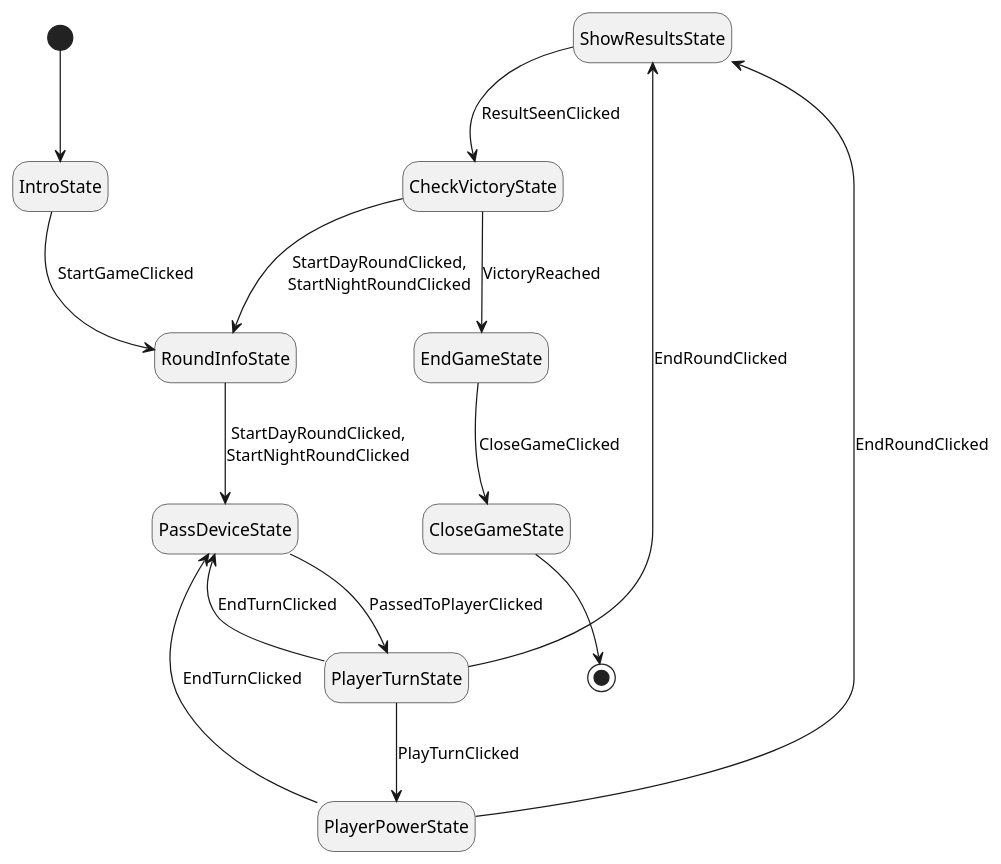
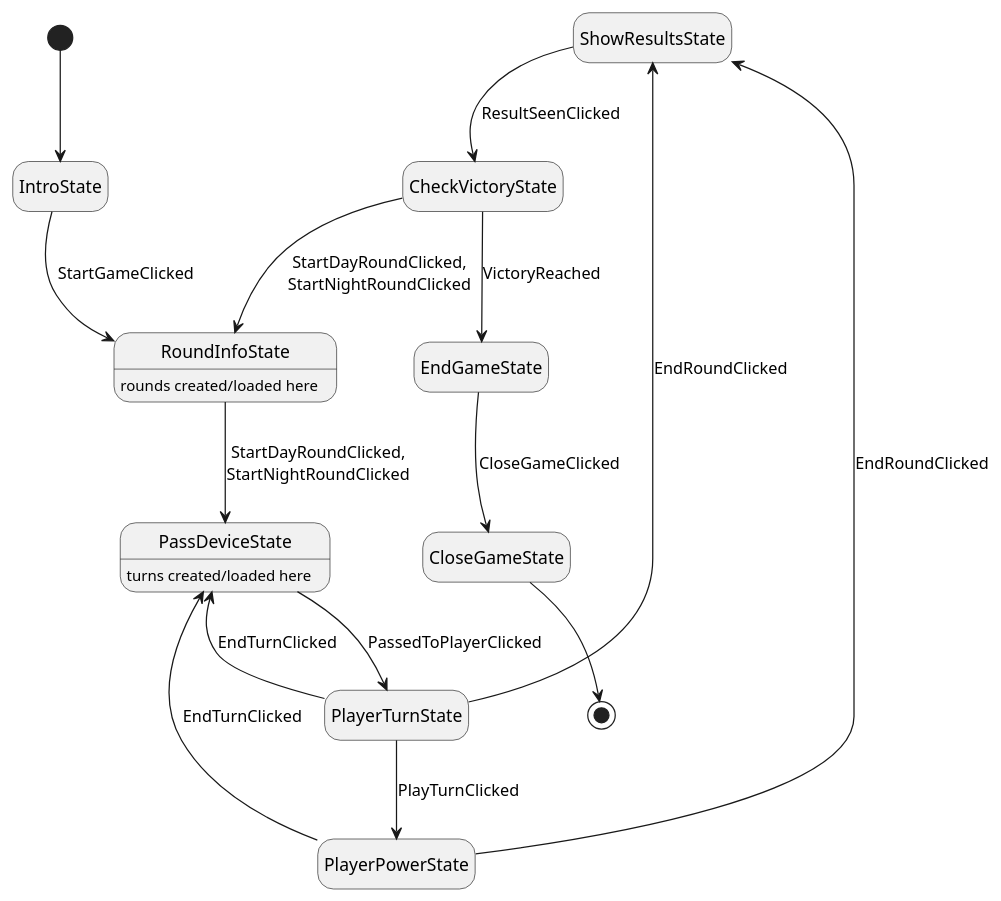
One commit to LivingWithHippos/Keter-Escape changed the diagram in UML/fsm.puml. Above: the diagram before and after it, drawn with PlantUML.

Commit message:
added comments to fsm diagram

```diff
--- a/UML/fsm.puml
+++ b/UML/fsm.puml
@@ -1,38 +1,40 @@
 @startuml
 hide empty description
 
 State ShowResultsState
 State RoundInfoState
 State PlayerTurnState
 State PlayerPowerState
 State PassDeviceState
 State IntroState
 State EndGameState
 State CheckVictoryState
 state CloseGameState
 
 
 [*] --> IntroState
 IntroState --> RoundInfoState: StartGameClicked
 
 PassDeviceState --> PlayerTurnState: PassedToPlayerClicked
+PassDeviceState : turns created/loaded here
 
 PlayerPowerState --> ShowResultsState: EndRoundClicked
 PlayerPowerState --> PassDeviceState: EndTurnClicked
 
 PlayerTurnState --> ShowResultsState: EndRoundClicked
 PlayerTurnState --> PassDeviceState: EndTurnClicked
 PlayerTurnState --> PlayerPowerState: PlayTurnClicked
 
 RoundInfoState --> PassDeviceState: StartDayRoundClicked,\nStartNightRoundClicked
+RoundInfoState : rounds created/loaded here
 
 ShowResultsState --> CheckVictoryState: ResultSeenClicked
 
 CheckVictoryState --> EndGameState: VictoryReached
 CheckVictoryState --> RoundInfoState: StartDayRoundClicked,\nStartNightRoundClicked
 
 EndGameState --> CloseGameState: CloseGameClicked
 
 CloseGameState --> [*]
 
 @enduml
```
